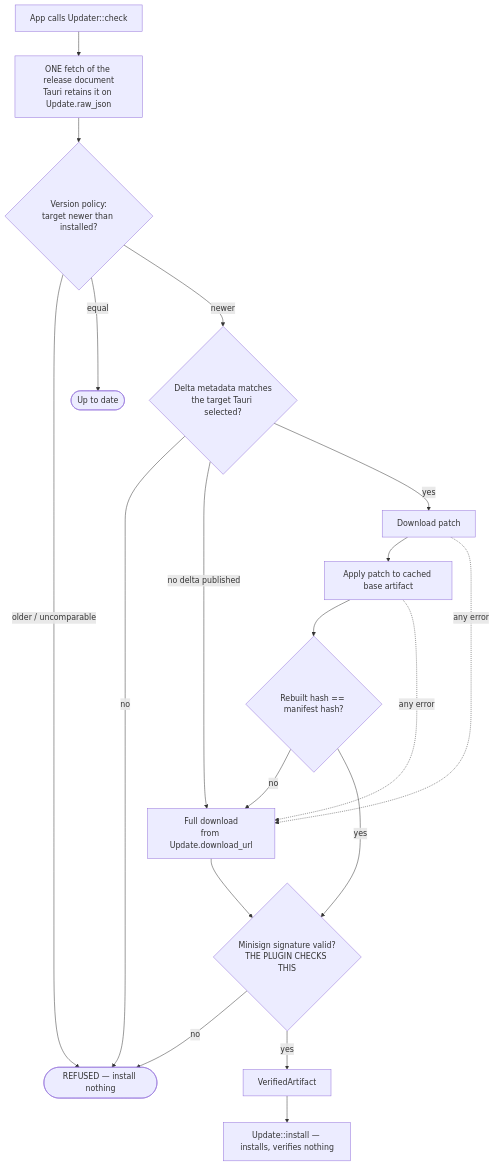
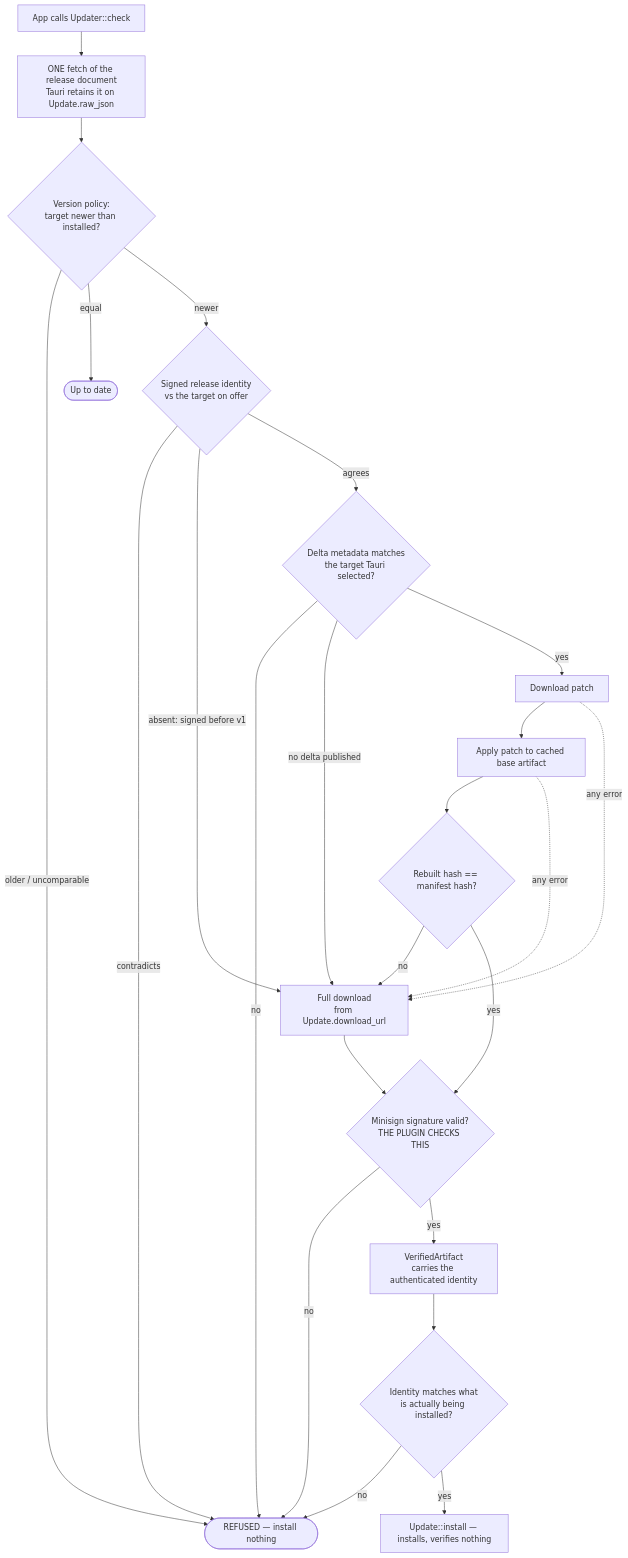
The diagram in docs/ARCHITECTURE.md (Chahdane/tauri-updater), drawn with Mermaid before and after one commit. The commit also changed other lines of this file and 3 other files, not shown here.

````diff
--- a/docs/ARCHITECTURE.md
+++ b/docs/ARCHITECTURE.md
@@ -48,22 +48,27 @@
 ```mermaid
 flowchart TD
     A[App calls Updater::check] --> B[ONE fetch of the release document<br/>Tauri retains it on Update.raw_json]
     B --> P{Version policy:<br/>target newer than installed?}
     P -- "older / uncomparable" --> R([REFUSED — install nothing])
     P -- equal --> U([Up to date])
-    P -- newer --> Q{Delta metadata matches<br/>the target Tauri selected?}
+    P -- newer --> N{Signed release identity<br/>vs the target on offer}
+    N -- contradicts --> R
+    N -- "absent: signed before v1" --> F
+    N -- agrees --> Q{Delta metadata matches<br/>the target Tauri selected?}
     Q -- no --> R
     Q -- "no delta published" --> F[Full download<br/>from Update.download_url]
     Q -- yes --> D[Download patch]
     D --> E[Apply patch to cached base artifact]
     E --> G{Rebuilt hash == manifest hash?}
     G -- no --> F
     G -- yes --> V
     F --> V{Minisign signature valid?<br/>THE PLUGIN CHECKS THIS}
     V -- no --> R
-    V -- yes --> H[VerifiedArtifact]
-    H --> I[Update::install — installs, verifies nothing]
+    V -- yes --> H[VerifiedArtifact<br/>carries the authenticated identity]
+    H --> W{Identity matches what<br/>is actually being installed?}
+    W -- no --> R
+    W -- yes --> I[Update::install — installs, verifies nothing]
 
     D -. any error .-> F
     E -. any error .-> F
 ```
````
